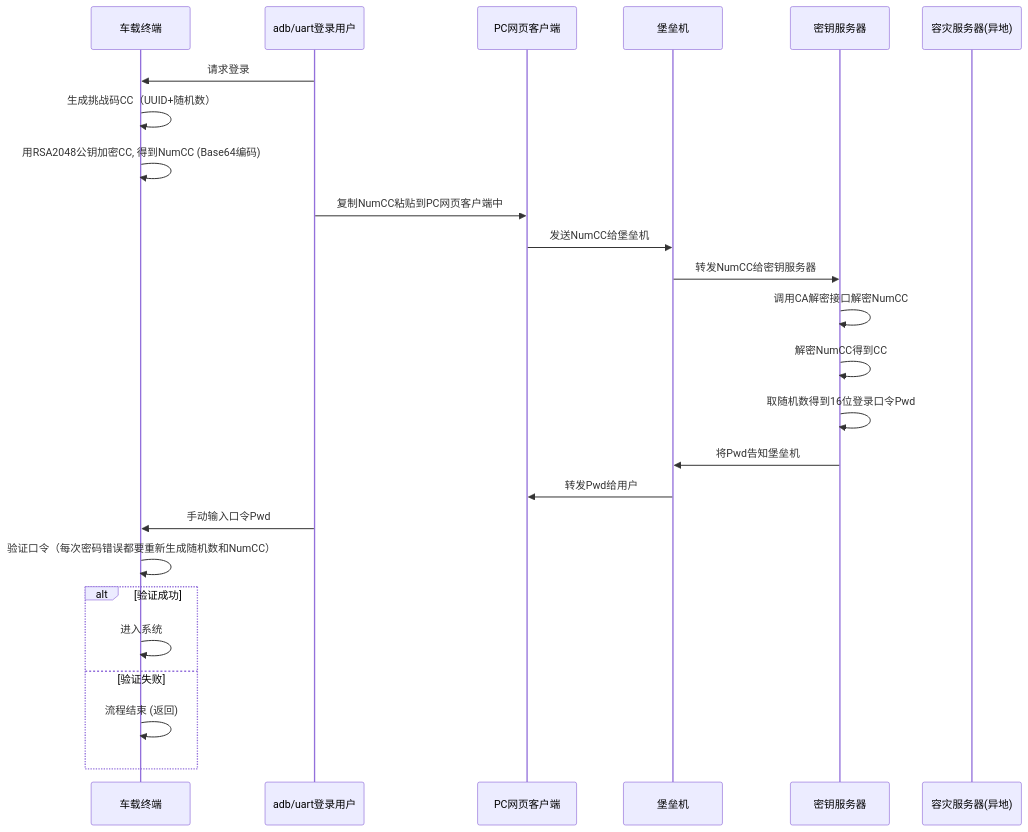
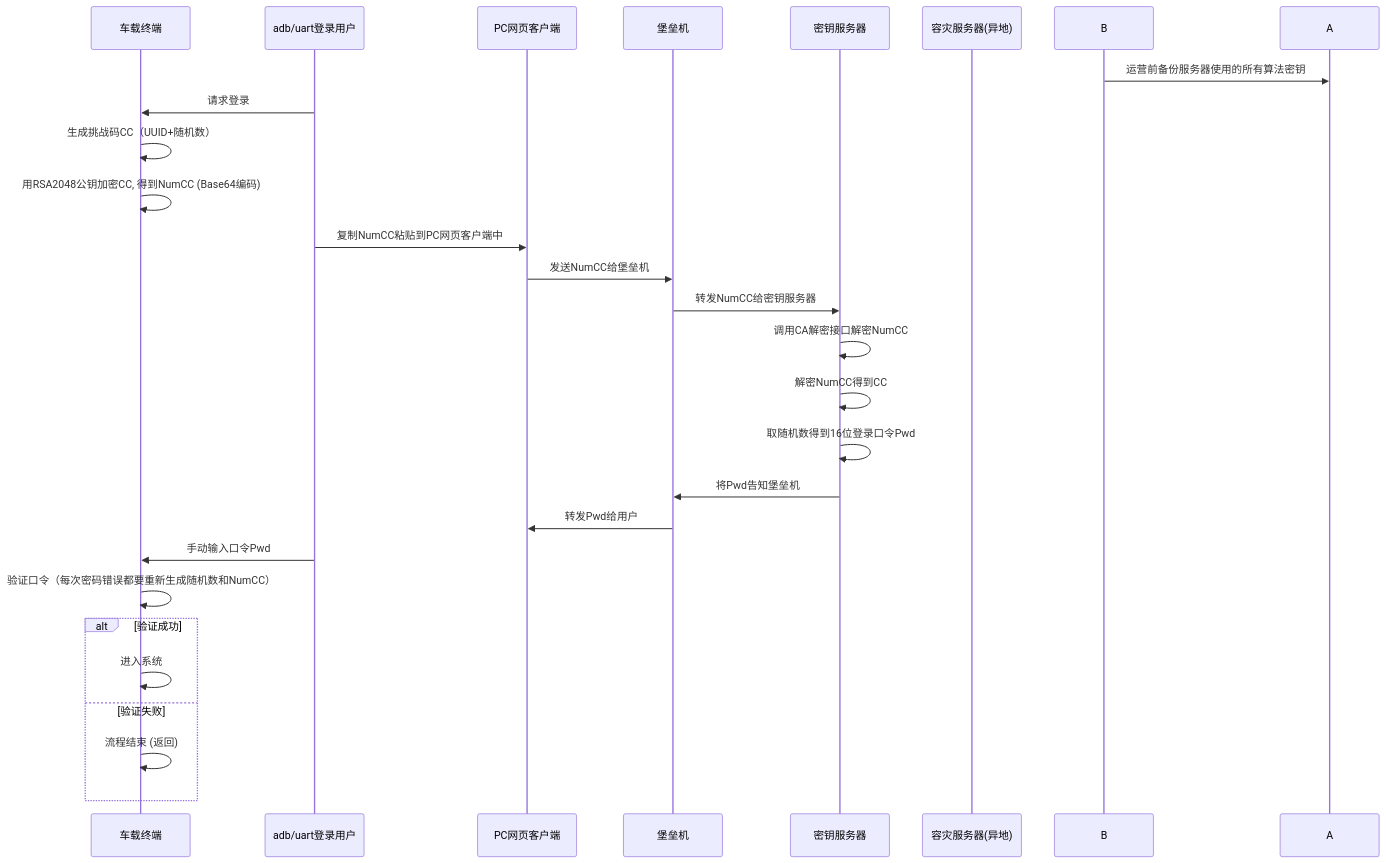
Before and after one commit to facebook-cloud/iodraw-files: the diagram in all/未命名-19.md, drawn with Mermaid.

Commit message:
2026-03-13 15:32:11 update

````diff
--- a/all/未命名-19.md
+++ b/all/未命名-19.md
@@ -1,31 +1,31 @@
 ```mermaid
 sequenceDiagram
     participant tbox as 车载终端
     participant user as adb/uart登录用户
     participant pc as PC网页客户端
     participant bastion as 堡垒机
     participant tech_center as 密钥服务器
     participant backup as 容灾服务器(异地)
   
-
+    B->>A: 运营前备份服务器使用的所有算法密钥
     user->>tbox: 请求登录
     tbox->>tbox: 生成挑战码CC（UUID+随机数）
     tbox->>tbox: 用RSA2048公钥加密CC, 得到NumCC (Base64编码)
     user->>pc: 复制NumCC粘贴到PC网页客户端中
     pc->>bastion: 发送NumCC给堡垒机
     bastion->>tech_center: 转发NumCC给密钥服务器
     tech_center->>tech_center: 调用CA解密接口解密NumCC
     tech_center->>tech_center: 解密NumCC得到CC
     tech_center->>tech_center: 取随机数得到16位登录口令Pwd
     tech_center->>bastion: 将Pwd告知堡垒机
     bastion->>pc: 转发Pwd给用户
     user->>tbox: 手动输入口令Pwd
     tbox->>tbox: 验证口令（每次密码错误都要重新生成随机数和NumCC）
     alt 验证成功
         tbox->>tbox: 进入系统
     else 验证失败
         tbox->>tbox: 流程结束 (返回)
     end
 
 
 ```
````
